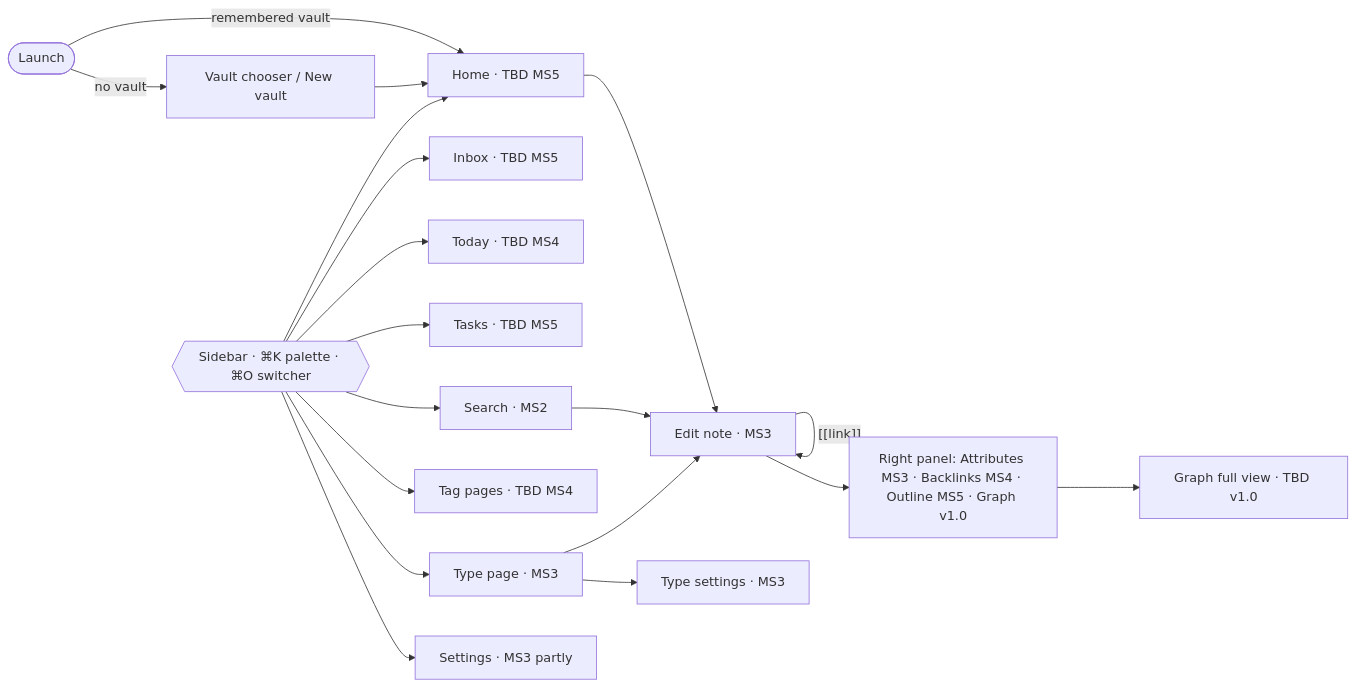
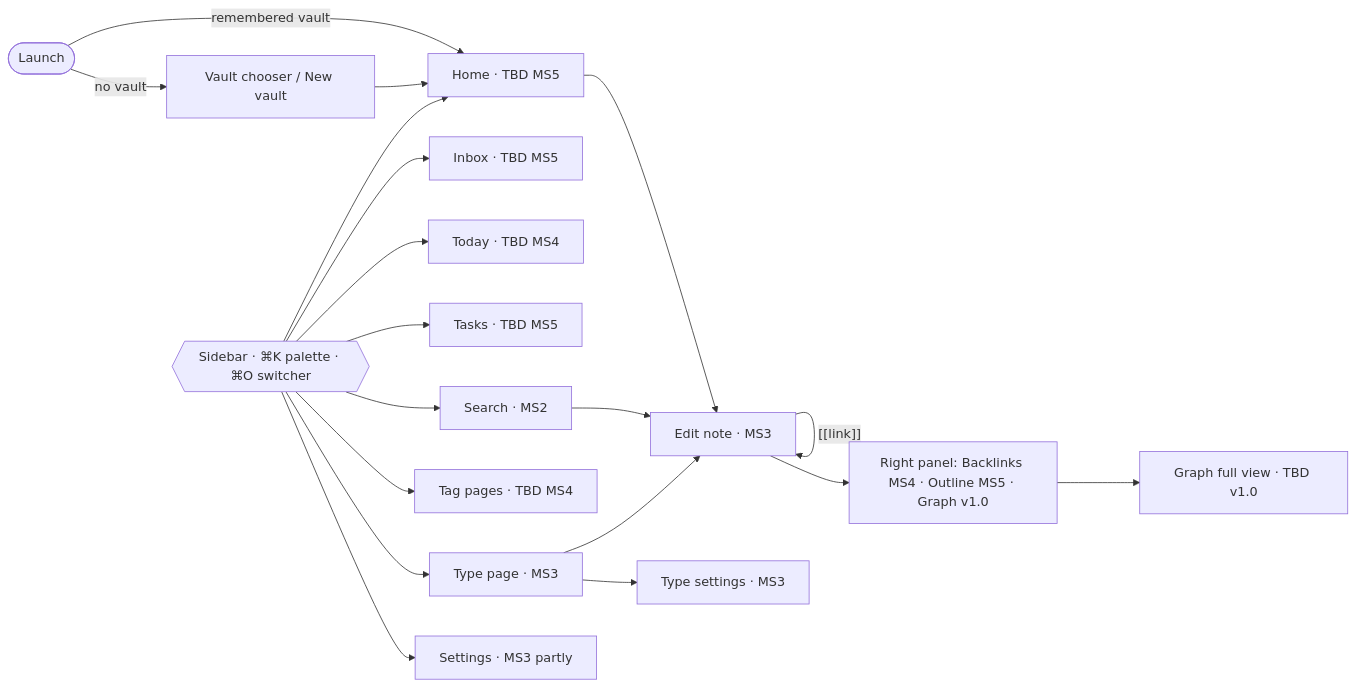
One commit to mikhailsubachev/tegg changed the diagram in docs/plans/ms3-implementation-plan.md. Above: the diagram before and after it, drawn with Mermaid. The commit also changed other lines of this file and 18 other files, not shown here.

````diff
--- a/docs/plans/ms3-implementation-plan.md
+++ b/docs/plans/ms3-implementation-plan.md
@@ -119,21 +125,21 @@
 ```mermaid
 flowchart LR
   Start([Launch]) -->|no vault| Chooser[Vault chooser / New vault]
   Start -->|remembered vault| Home
   Chooser --> Home
   Home[Home · TBD MS5] --> Note
   Sidebar{{Sidebar · ⌘K palette · ⌘O switcher}} --> Home
   Sidebar --> Inbox[Inbox · TBD MS5]
   Sidebar --> Today[Today · TBD MS4]
   Sidebar --> Tasks[Tasks · TBD MS5]
   Sidebar --> TypePage[Type page · MS3]
   Sidebar --> Tags[Tag pages · TBD MS4]
   Sidebar --> Search[Search · MS2]
   Search --> Note
   TypePage --> Note[Edit note · MS3]
   TypePage --> TypeSettings[Type settings · MS3]
   Note -->|"[[link]]"| Note
-  Note --> Panel[Right panel: Attributes MS3 · Backlinks MS4 · Outline MS5 · Graph v1.0]
+  Note --> Panel[Right panel: Backlinks MS4 · Outline MS5 · Graph v1.0]
   Panel --> Graph[Graph full view · TBD v1.0]
   Sidebar --> Settings[Settings · MS3 partly]
 ```
````
